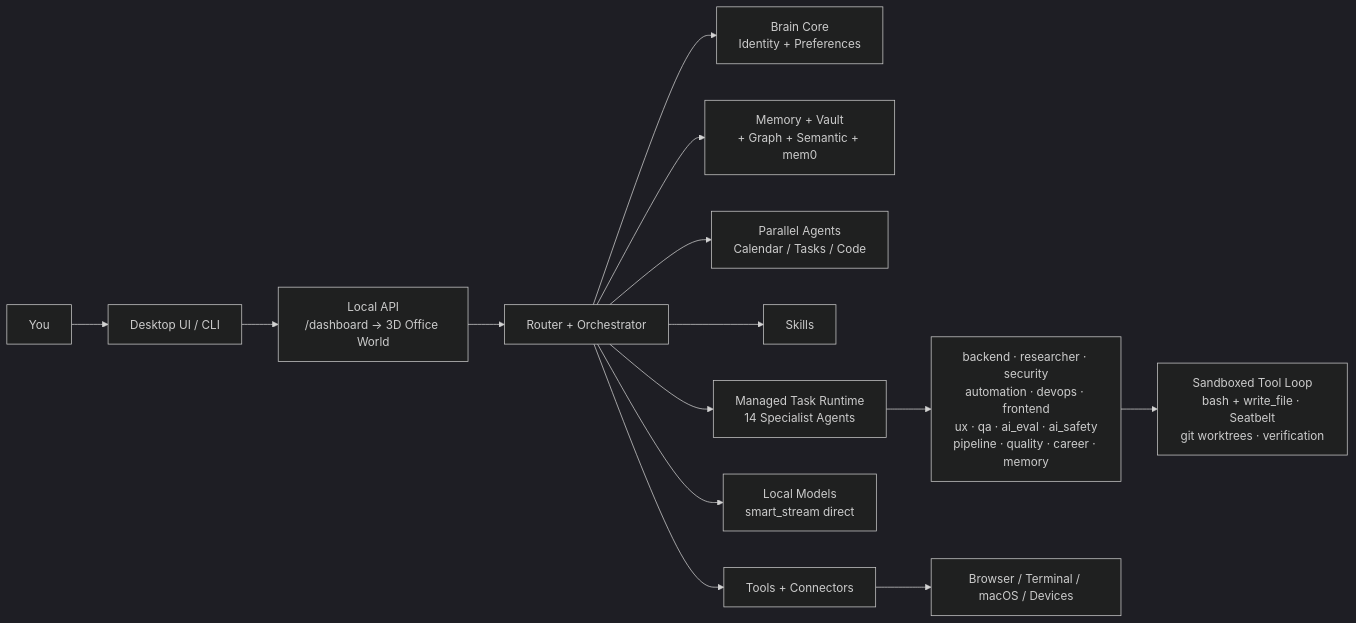
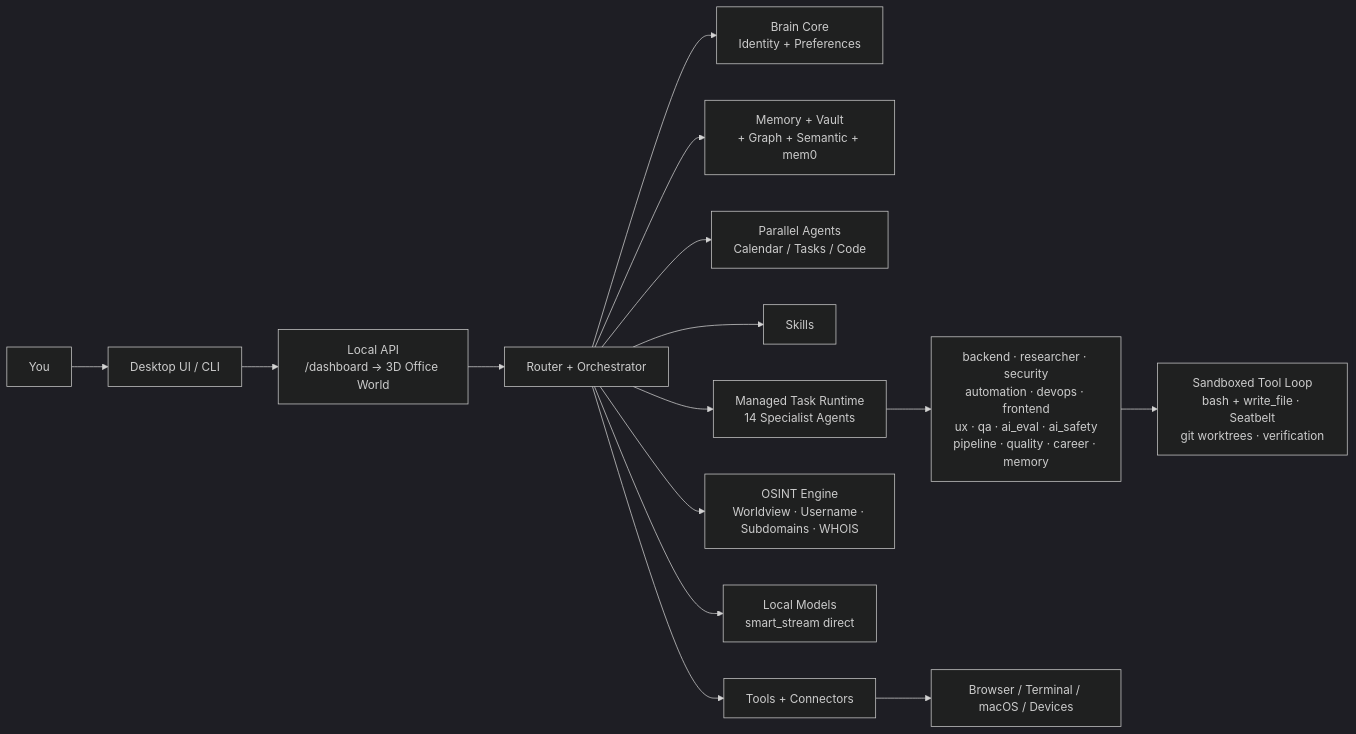
Before and after one commit to amanimran786/jarvis-ai: the diagram in README.md, drawn with Mermaid (dark theme). The commit also changed other lines of this file and 5 other files, not shown here.

First line of the commit message:
feat(osint): local OSINT intelligence engine with worldview aggregation

````diff
--- a/README.md
+++ b/README.md
@@ -127,16 +129,17 @@
 ```mermaid
 flowchart LR
     User["You"] --> UI["Desktop UI / CLI"]
     UI --> API["Local API\n/dashboard → 3D Office World"]
     API --> Router["Router + Orchestrator"]
     Router --> Brain["Brain Core\nIdentity + Preferences"]
     Router --> Memory["Memory + Vault\n+ Graph + Semantic + mem0"]
     Router --> Agents["Parallel Agents\nCalendar / Tasks / Code"]
     Router --> Skills["Skills"]
     Router --> Tools["Tools + Connectors"]
+    Router --> OSINT["OSINT Engine\nWorldview · Username · Subdomains · WHOIS"]
     Router --> Models["Local Models\nsmart_stream direct"]
     Router --> Tasks["Managed Task Runtime\n14 Specialist Agents"]
     Tasks --> AgentTeam["backend · researcher · security\nautomation · devops · frontend\nux · qa · ai_eval · ai_safety\npipeline · quality · career · memory"]
     AgentTeam --> Sandbox["Sandboxed Tool Loop\nbash + write_file · Seatbelt\ngit worktrees · verification"]
     Tools --> Mac["Browser / Terminal / macOS / Devices"]
 ```
````
